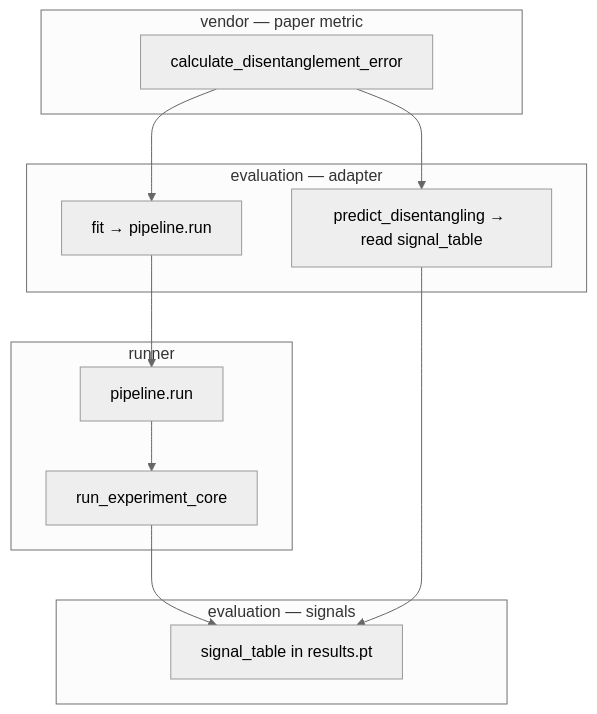
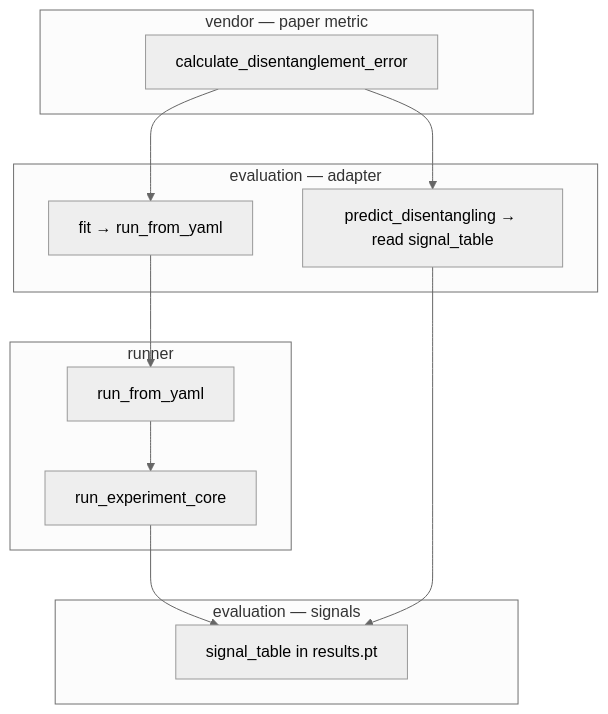
Before and after one commit to gigibot-tech/uqlab-streamlit: the second of 2 diagrams in docs/UQLAB_FLOW.md, drawn with Mermaid (neutral theme). The commit also changed other lines of this file and 18 other files, not shown here.

````diff
--- a/docs/UQLAB_FLOW.md
+++ b/docs/UQLAB_FLOW.md
@@ -272,25 +272,25 @@
 ```mermaid
 flowchart TB
   subgraph vendor["vendor — paper metric"]
     DE[calculate_disentanglement_error]
   end
 
   subgraph adapter["evaluation — adapter"]
-    FIT[fit → pipeline.run]
+    FIT[fit → run_from_yaml]
     PRED[predict_disentangling → read signal_table]
   end
 
   subgraph runner["runner"]
-    RUN[pipeline.run]
+    RUN[run_from_yaml]
     CORE[run_experiment_core]
   end
 
   subgraph eval["evaluation — signals"]
     SIG[signal_table in results.pt]
   end
 
   DE --> FIT
   DE --> PRED
   FIT --> RUN --> CORE --> SIG
   PRED --> SIG
 ```
````
